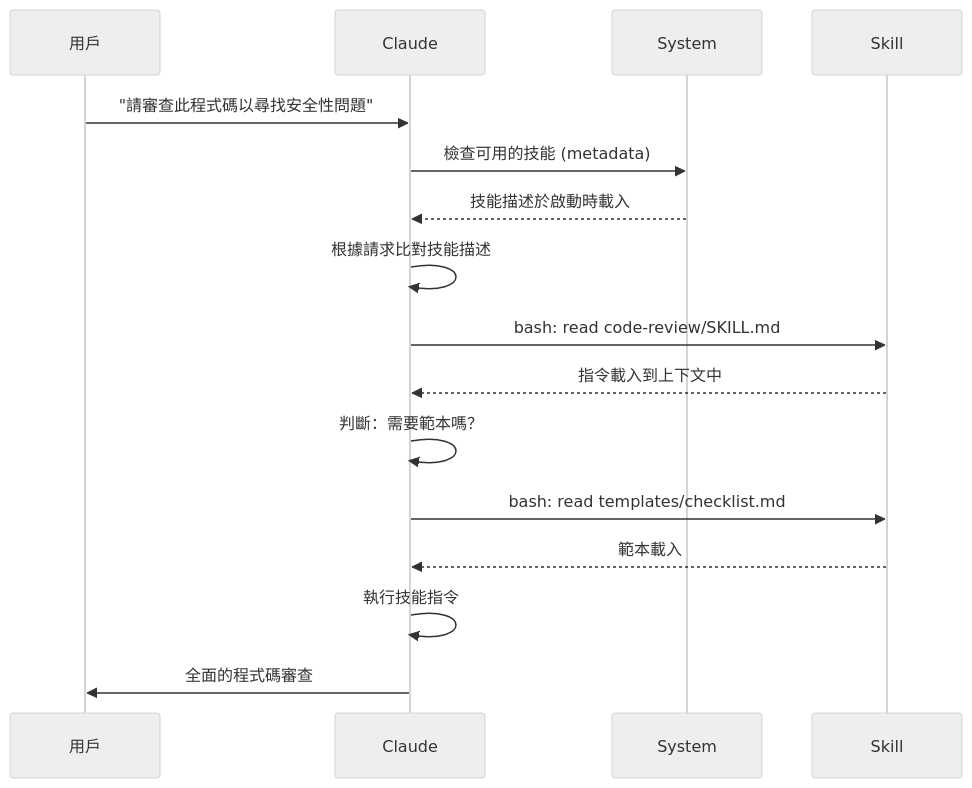
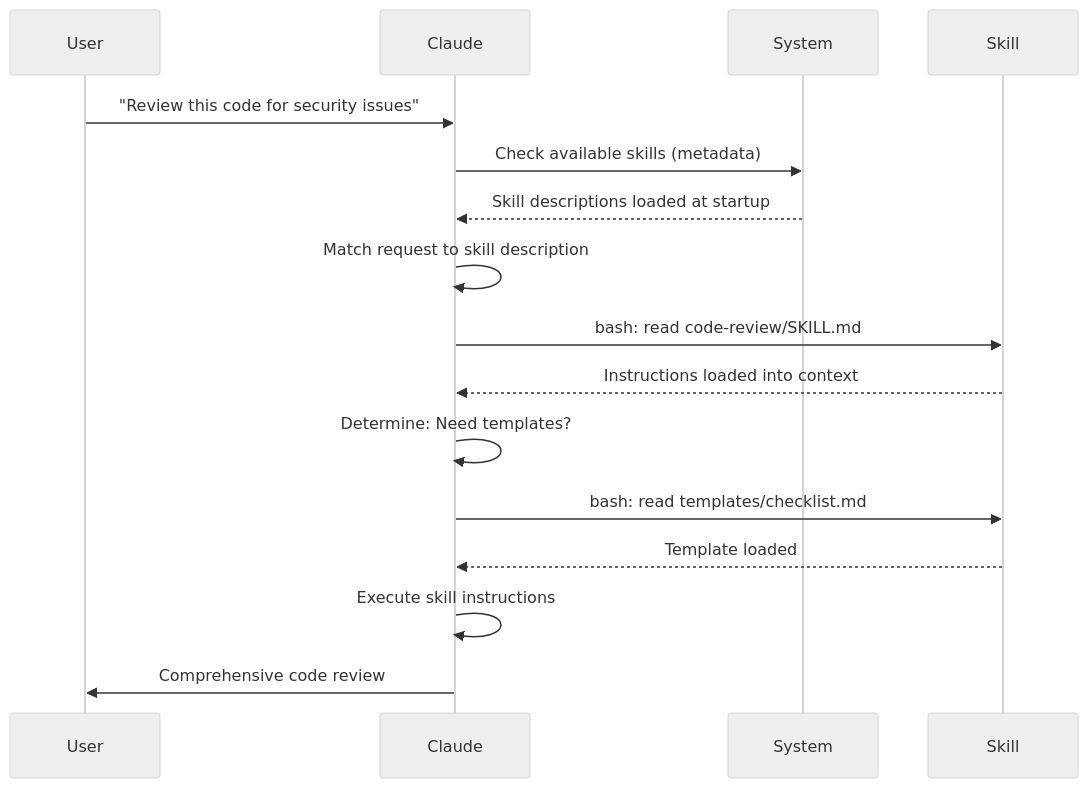
Before and after one commit to huckly/claude-howto-zh-tw: the second of 2 diagrams in 03-skills/README.md, drawn with Mermaid (neutral theme). The commit also changed other lines of this file, not shown here.

Commit message:
🛠️ 03-skills：Skills 技能 — 同步 v2.1.110

````diff
--- a/03-skills/README.md
+++ b/03-skills/README.md
@@ -61,19 +66,19 @@
 ```mermaid
 sequenceDiagram
-    participant 用戶
+    participant User
     participant Claude as Claude
-    participant 系統 as System
-    participant 技能 as Skill
+    participant System as System
+    participant Skill as Skill
 
-    用戶->>Claude: "請審查此程式碼以尋找安全性問題"
-    Claude->>系統: 檢查可用的技能 (metadata)
-    系統-->>Claude: 技能描述於啟動時載入
-    Claude->>Claude: 根據請求比對技能描述
-    Claude->>技能: bash: read code-review/SKILL.md
-    技能-->>Claude: 指令載入到上下文中
-    Claude->>Claude: 判斷：需要範本嗎？
-    Claude->>技能: bash: read templates/checklist.md
-    技能-->>Claude: 範本載入
-    Claude->>Claude: 執行技能指令
-    Claude->>用戶: 全面的程式碼審查
+    User->>Claude: "Review this code for security issues"
+    Claude->>System: Check available skills (metadata)
+    System-->>Claude: Skill descriptions loaded at startup
+    Claude->>Claude: Match request to skill description
+    Claude->>Skill: bash: read code-review/SKILL.md
+    Skill-->>Claude: Instructions loaded into context
+    Claude->>Claude: Determine: Need templates?
+    Claude->>Skill: bash: read templates/checklist.md
+    Skill-->>Claude: Template loaded
+    Claude->>Claude: Execute skill instructions
+    Claude->>User: Comprehensive code review
 ```
````
